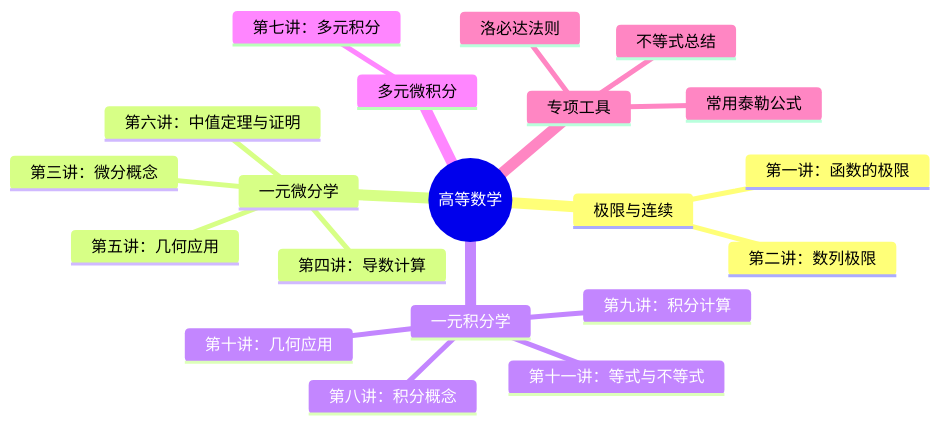
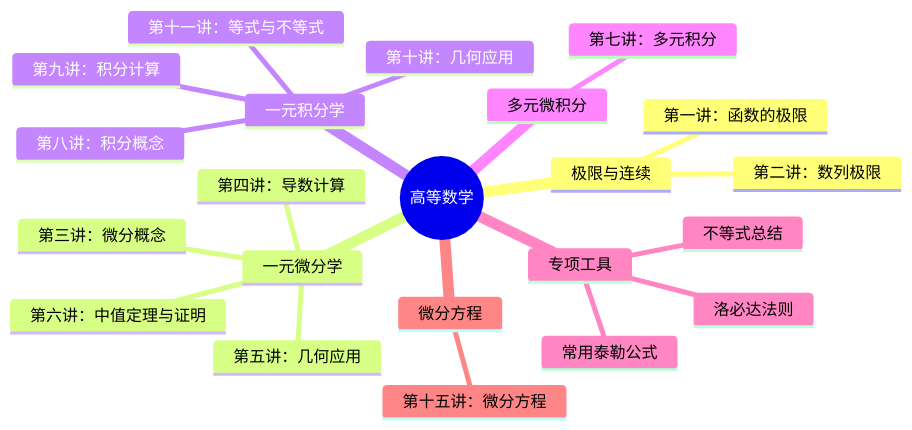
One commit to ChenJiandong9/note changed the diagram in 高数/知识脉络图.md. Above: the diagram before and after it, drawn with Mermaid. The commit also changed 2 other files, not shown here.

Commit message:
vault backup: 2026-05-18 21:32:00

````diff
--- a/高数/知识脉络图.md
+++ b/高数/知识脉络图.md
@@ -12,23 +12,25 @@
 ```mermaid
 mindmap
   root((高等数学))
     极限与连续
       第一讲：函数的极限
       第二讲：数列极限
     一元微分学
       第三讲：微分概念
       第四讲：导数计算
       第五讲：几何应用
       第六讲：中值定理与证明
     一元积分学
       第八讲：积分概念
       第九讲：积分计算
       第十讲：几何应用
       第十一讲：等式与不等式
     多元微积分
       第七讲：多元积分
     专项工具
       常用泰勒公式
       洛必达法则
       不等式总结
+    微分方程
+      第十五讲：微分方程
 ```
````
